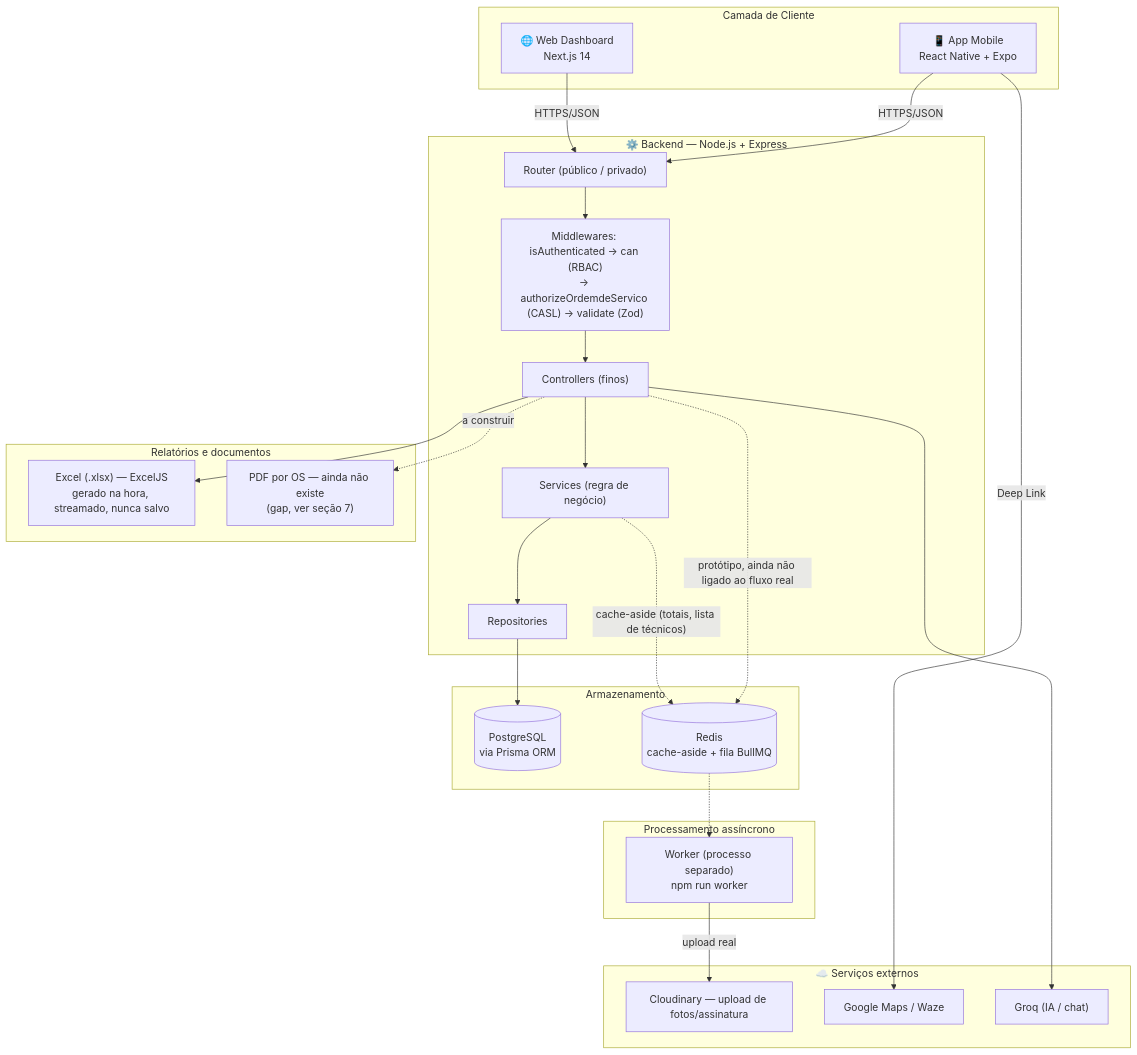
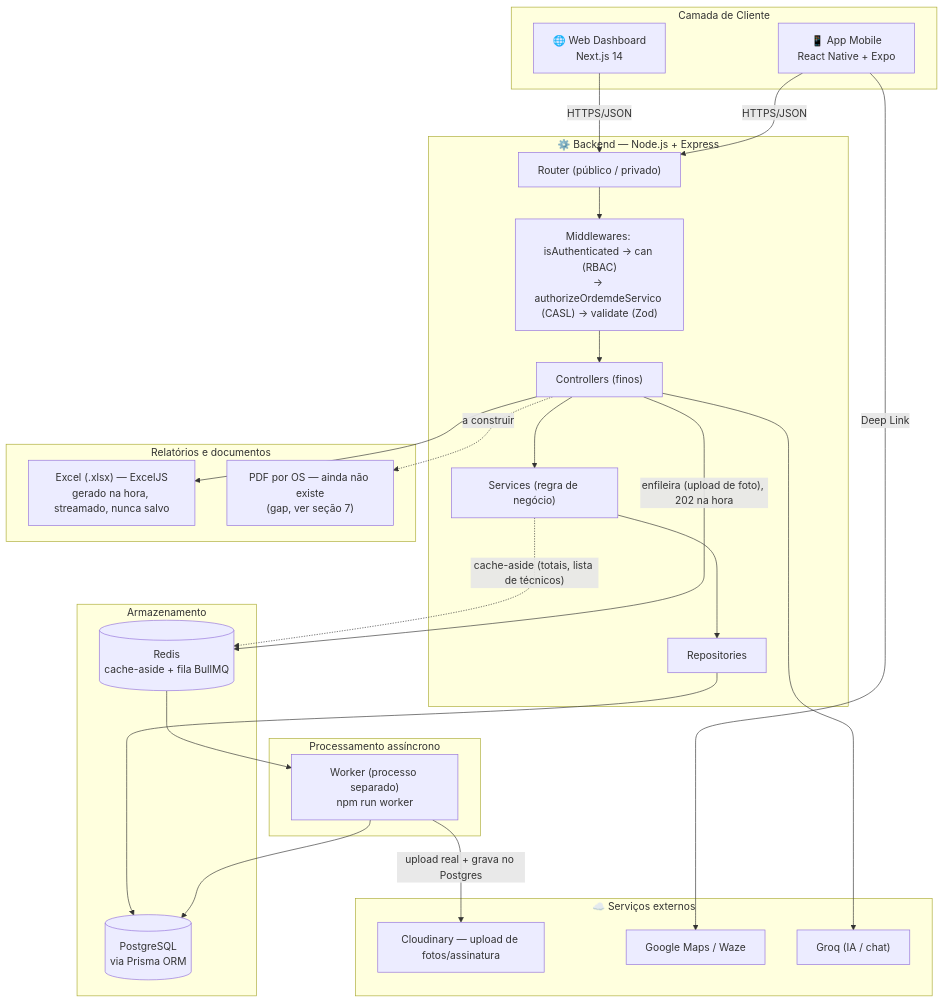
One commit to pablo-cruzbr/Fire-OS-Service-Order-SaaS changed the first of 5 diagrams in Backend/estudos-pleno/ARQUITETURA-ANTES-DEPOIS.md. Above: the diagram before and after it, drawn with Mermaid. The commit also changed other lines of this file and 2 other files, not shown here.

First line of the commit message:
docs(backend): document CI/lint setup, real queue wiring, and RBAC gap

````diff
--- a/Backend/estudos-pleno/ARQUITETURA-ANTES-DEPOIS.md
+++ b/Backend/estudos-pleno/ARQUITETURA-ANTES-DEPOIS.md
@@ -17,47 +17,48 @@
 ```mermaid
 graph TB
   subgraph Client["Camada de Cliente"]
     WEB["🌐 Web Dashboard<br/>Next.js 14"]
     APP["📱 App Mobile<br/>React Native + Expo"]
   end
 
   subgraph API["⚙️ Backend — Node.js + Express"]
     ROUTER["Router (público / privado)"]
     MW["Middlewares: isAuthenticated → can (RBAC)<br/>→ authorizeOrdemdeServico (CASL) → validate (Zod)"]
     CTRL["Controllers (finos)"]
     SVC["Services (regra de negócio)"]
     REPO["Repositories"]
   end
 
   subgraph Data["Armazenamento"]
     PG[("PostgreSQL<br/>via Prisma ORM")]
     REDIS[("Redis<br/>cache-aside + fila BullMQ")]
   end
 
   subgraph Async["Processamento assíncrono"]
     WORKER["Worker (processo separado)<br/>npm run worker"]
   end
 
   subgraph External["☁️ Serviços externos"]
     CDN["Cloudinary — upload de fotos/assinatura"]
     MAPS["Google Maps / Waze"]
     GROQ["Groq (IA / chat)"]
   end
 
   subgraph Reports["Relatórios e documentos"]
     XLSX["Excel (.xlsx) — ExcelJS<br/>gerado na hora, streamado, nunca salvo"]
     PDF["PDF por OS — ainda não existe<br/>(gap, ver seção 7)"]
   end
 
   WEB -->|"HTTPS/JSON"| ROUTER
   APP -->|"HTTPS/JSON"| ROUTER
   ROUTER --> MW --> CTRL --> SVC --> REPO --> PG
   SVC -.->|"cache-aside (totais, lista de técnicos)"| REDIS
-  CTRL -.->|"protótipo, ainda não ligado ao fluxo real"| REDIS
-  REDIS -.-> WORKER
-  WORKER -->|"upload real"| CDN
+  CTRL -->|"enfileira (upload de foto), 202 na hora"| REDIS
+  REDIS --> WORKER
+  WORKER -->|"upload real + grava no Postgres"| CDN
+  WORKER --> PG
   APP -->|"Deep Link"| MAPS
   CTRL --> GROQ
   CTRL --> XLSX
   CTRL -.->|"a construir"| PDF
 ```
````
